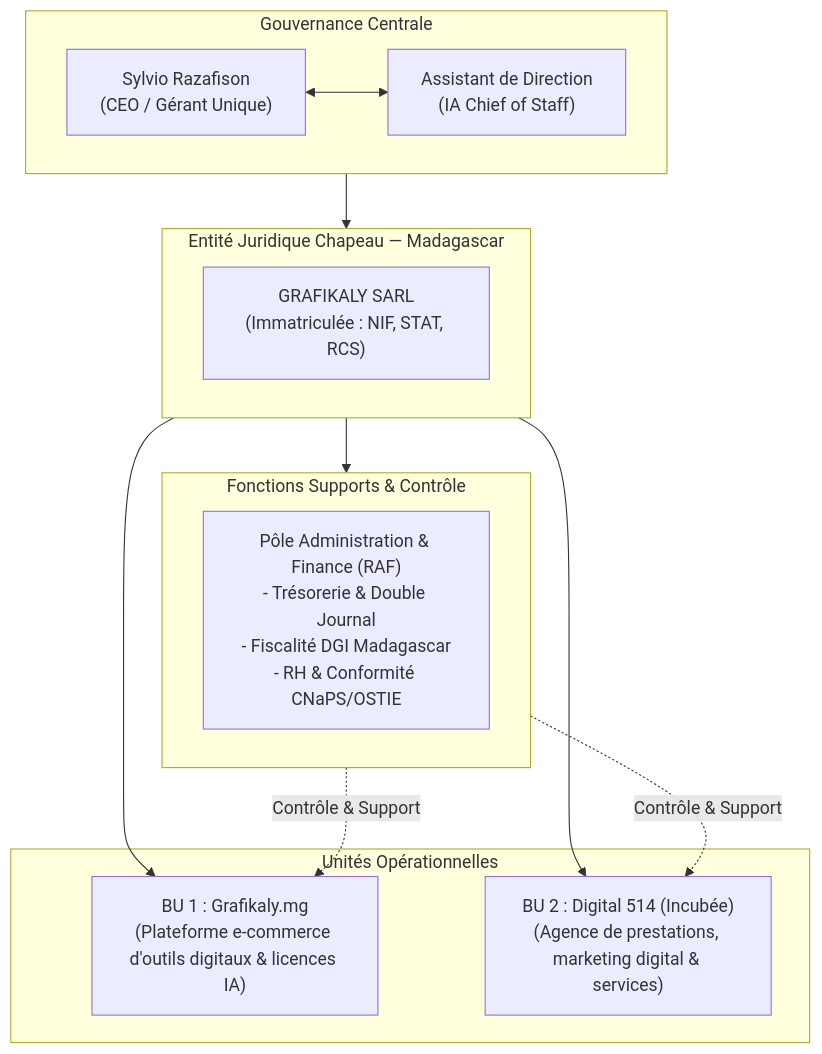
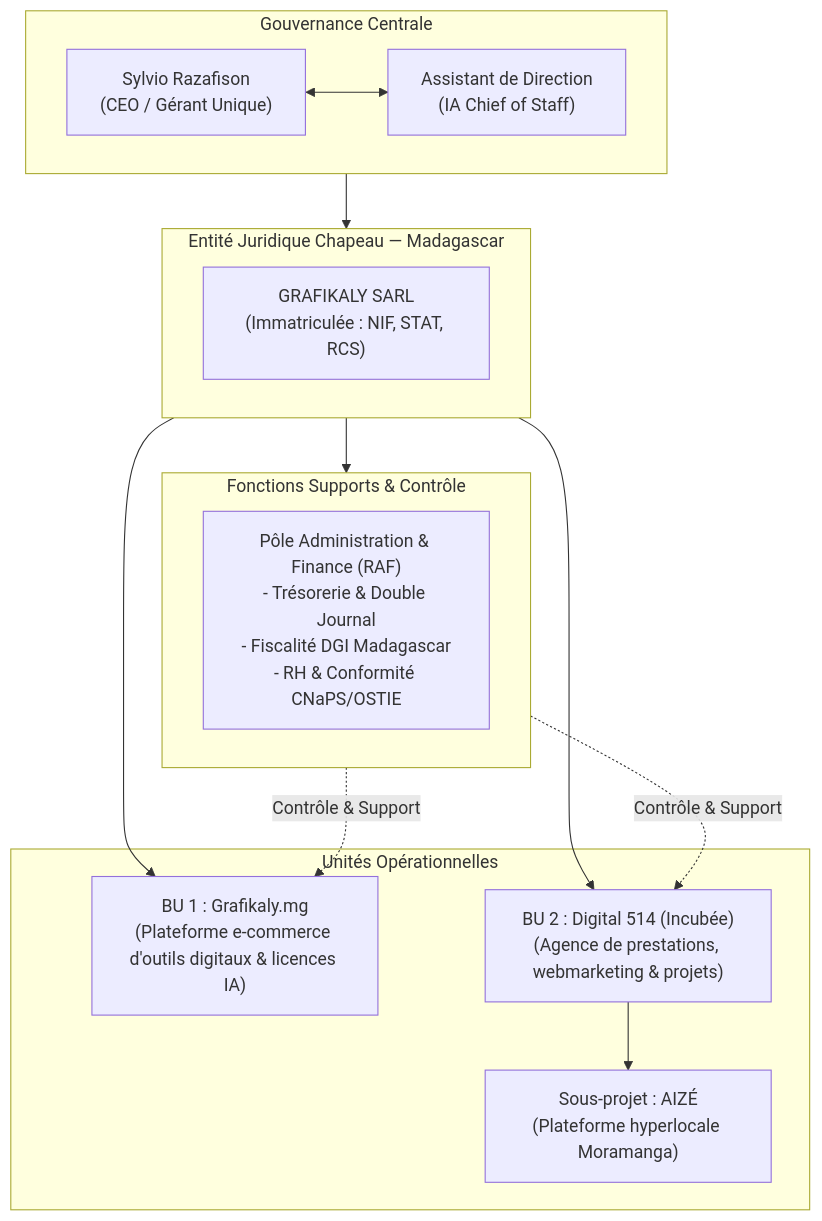
The first of 2 diagrams in docs/administration/01-charte-gouvernance-organigramme.md (herysylvio/grafikaly-automation), drawn with Mermaid before and after one commit. The commit also changed other lines of this file and 3 other files, not shown here.

Commit message:
feat(rh): integration du profil stagiaire Moramanga, AIZE sous Digital 514 et moteur de commissions

````diff
--- a/docs/administration/01-charte-gouvernance-organigramme.md
+++ b/docs/administration/01-charte-gouvernance-organigramme.md
@@ -28,28 +28,30 @@
 ```mermaid
 flowchart TD
     subgraph Direction ["Gouvernance Centrale"]
         CEO["Sylvio Razafison\n(CEO / Gérant Unique)"]
         AD["Assistant de Direction\n(IA Chief of Staff)"]
         CEO <--> AD
     end
 
     subgraph SocieteMère ["Entité Juridique Chapeau — Madagascar"]
         SARL["GRAFIKALY SARL\n(Immatriculée : NIF, STAT, RCS)"]
     end
 
     subgraph FonctionsTransversales ["Fonctions Supports & Contrôle"]
         Admin["Pôle Administration & Finance (RAF)\n- Trésorerie & Double Journal\n- Fiscalité DGI Madagascar\n- RH & Conformité CNaPS/OSTIE"]
     end
 
     subgraph BusinessUnits ["Unités Opérationnelles"]
         BU1["BU 1 : Grafikaly.mg\n(Plateforme e-commerce d'outils digitaux & licences IA)"]
-        BU2["BU 2 : Digital 514 (Incubée)\n(Agence de prestations, marketing digital & services)"]
+        BU2["BU 2 : Digital 514 (Incubée)\n(Agence de prestations, webmarketing & projets)"]
+        SubAIZE["Sous-projet : AIZÉ\n(Plateforme hyperlocale Moramanga)"]
+        BU2 --> SubAIZE
     end
 
     Direction --> SocieteMère
     SocieteMère --> FonctionsTransversales
     SocieteMère --> BU1
     SocieteMère --> BU2
     FonctionsTransversales -.->|Contrôle & Support| BU1
     FonctionsTransversales -.->|Contrôle & Support| BU2
 ```
````
